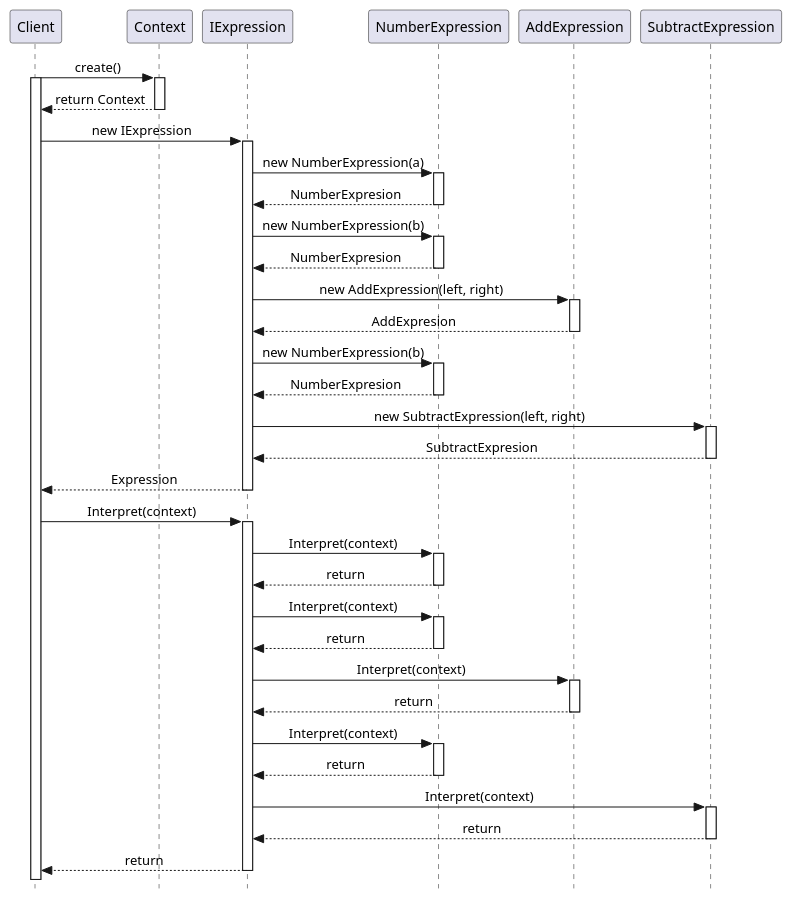
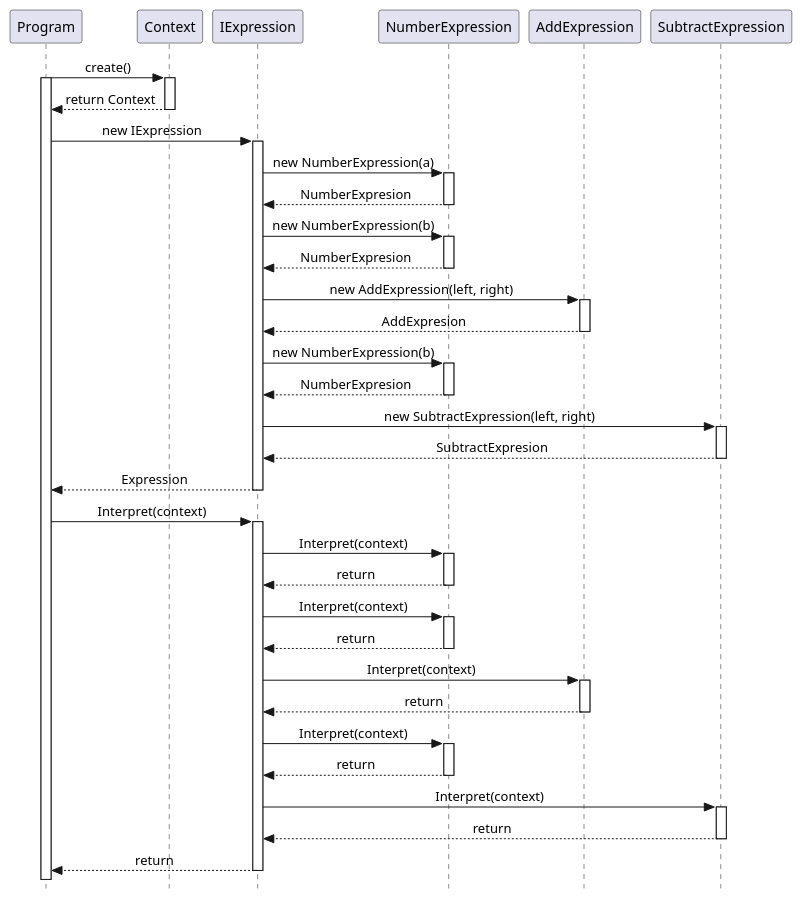
Before and after one commit to cuptain/Software-architecture-design: the diagram in Lab8_Interpreter/Diagrams/Sequence Diagram.puml, drawn with PlantUML. The commit also changed 4 other files, not shown here.

Commit message:
Added sequence diagram for 8th lab

```diff
--- a/Lab8_Interpreter/Diagrams/Sequence Diagram.puml
+++ b/Lab8_Interpreter/Diagrams/Sequence Diagram.puml
@@ -1,92 +1,92 @@
 @startuml Sequence Diagram
 
 skinparam Style strictuml
 skinparam SequenceMessageAlignment center
 
-participant "Client" as C
+participant "Program" as P
 participant "Context" as Con
 participant "IExpression" as I
 participant "NumberExpression" as N
 participant "AddExpression" as Add
 participant "SubtractExpression" as Sub
 
-C -> Con: create()
-activate C
+P -> Con: create()
+activate P
 activate Con
 
-Con --> C: return Context
+Con --> P: return Context
 deactivate Con
 
-C -> I: new IExpression
+P -> I: new IExpression
 activate I
 
 I -> N: new NumberExpression(a)
 activate N
 
 N --> I: NumberExpresion
 deactivate N
 
 I -> N: new NumberExpression(b)
 activate N
 
 N --> I: NumberExpresion
 deactivate N
 
 I -> Add: new AddExpression(left, right)
 activate Add
 
 Add --> I: AddExpresion
 deactivate Add
 
 I -> N: new NumberExpression(b)
 activate N
 
 N --> I: NumberExpresion
 deactivate N
 
 I -> Sub: new SubtractExpression(left, right)
 activate Sub
 
 Sub --> I: SubtractExpresion
 deactivate Sub
 
-I --> C: Expression
+I --> P: Expression
 deactivate I
 
-C -> I: Interpret(context)
+P -> I: Interpret(context)
 activate I
 
 I -> N: Interpret(context)
 activate N
 
 N --> I: return
 deactivate N
 
 I -> N: Interpret(context)
 activate N
 
 N --> I: return
 deactivate N
 
 I -> Add: Interpret(context)
 activate Add
 
 Add --> I: return
 deactivate Add
 
 I -> N: Interpret(context)
 activate N
 
 N --> I: return
 deactivate N
 
 I -> Sub: Interpret(context)
 activate Sub
 
 Sub --> I: return
 deactivate Sub
 
-I --> C: return
+I --> P: return
 deactivate I
 
 @enduml
```
